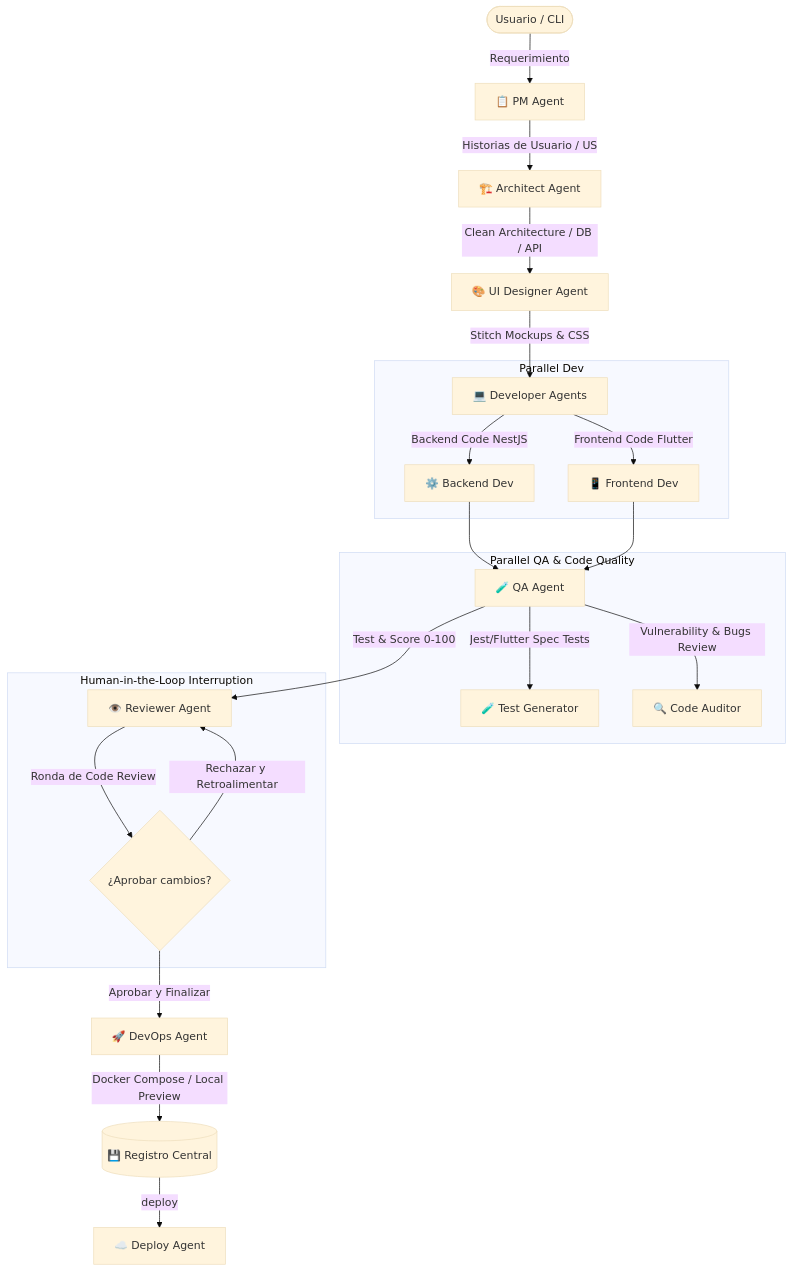
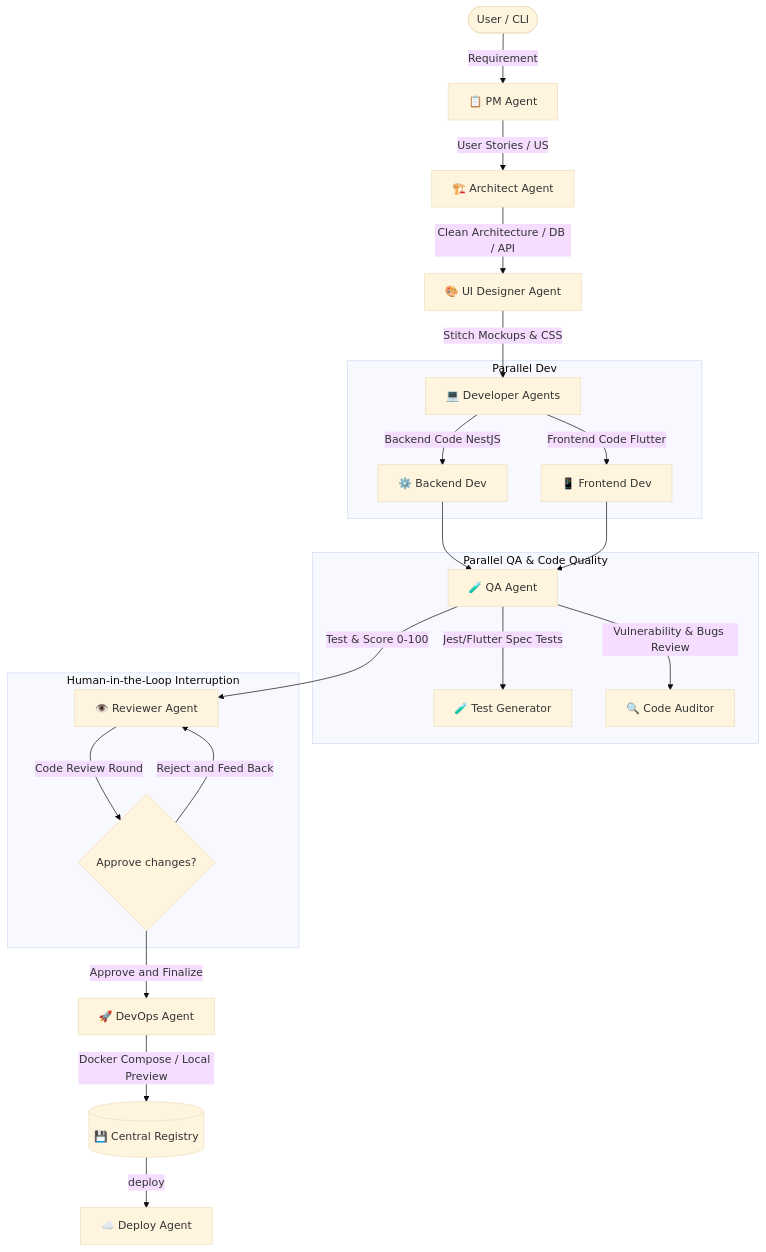
One commit to nicolasmg-pr/devAIagent changed the diagram in README.md. Above: the diagram before and after it, drawn with Mermaid (base theme). The commit also changed other lines of this file, not shown here.

````diff
--- a/README.md
+++ b/README.md
@@ -12,31 +12,31 @@
 ```mermaid
 graph TD
-  User([Usuario / CLI]) -->|Requerimiento| PM[📋 PM Agent]
-  PM -->|Historias de Usuario / US| Arch[🏗️ Architect Agent]
+  User([User / CLI]) -->|Requirement| PM[📋 PM Agent]
+  PM -->|User Stories / US| Arch[🏗️ Architect Agent]
   Arch -->|Clean Architecture / DB / API| UI[🎨 UI Designer Agent]
   UI -->|Stitch Mockups & CSS| Dev[💻 Developer Agents]
   
   subgraph Parallel Dev
     Dev -->|Backend Code NestJS| DevBE[⚙️ Backend Dev]
     Dev -->|Frontend Code Flutter| DevFE[📱 Frontend Dev]
   end
   
   DevBE --> QA[🧪 QA Agent]
   DevFE --> QA
   
   subgraph Parallel QA & Code Quality
     QA -->|Jest/Flutter Spec Tests| TestGen[🧪 Test Generator]
     QA -->|Vulnerability & Bugs Review| CodeCheck[🔍 Code Auditor]
   end
   
   QA -->|Test & Score 0-100| Rev[👁️ Reviewer Agent]
   
   subgraph Human-in-the-Loop Interruption
-    Rev -->|Ronda de Code Review| HITL{¿Aprobar cambios?}
-    HITL -->|Rechazar y Retroalimentar| Rev
+    Rev -->|Code Review Round| HITL{Approve changes?}
+    HITL -->|Reject and Feed Back| Rev
   end
   
-  HITL -->|Aprobar y Finalizar| DevOps[🚀 DevOps Agent]
-  DevOps -->|Docker Compose / Local Preview| Registry[(💾 Registro Central)]
+  HITL -->|Approve and Finalize| DevOps[🚀 DevOps Agent]
+  DevOps -->|Docker Compose / Local Preview| Registry[(💾 Central Registry)]
   Registry -->|deploy| Deploy[☁️ Deploy Agent]
 ```
````
